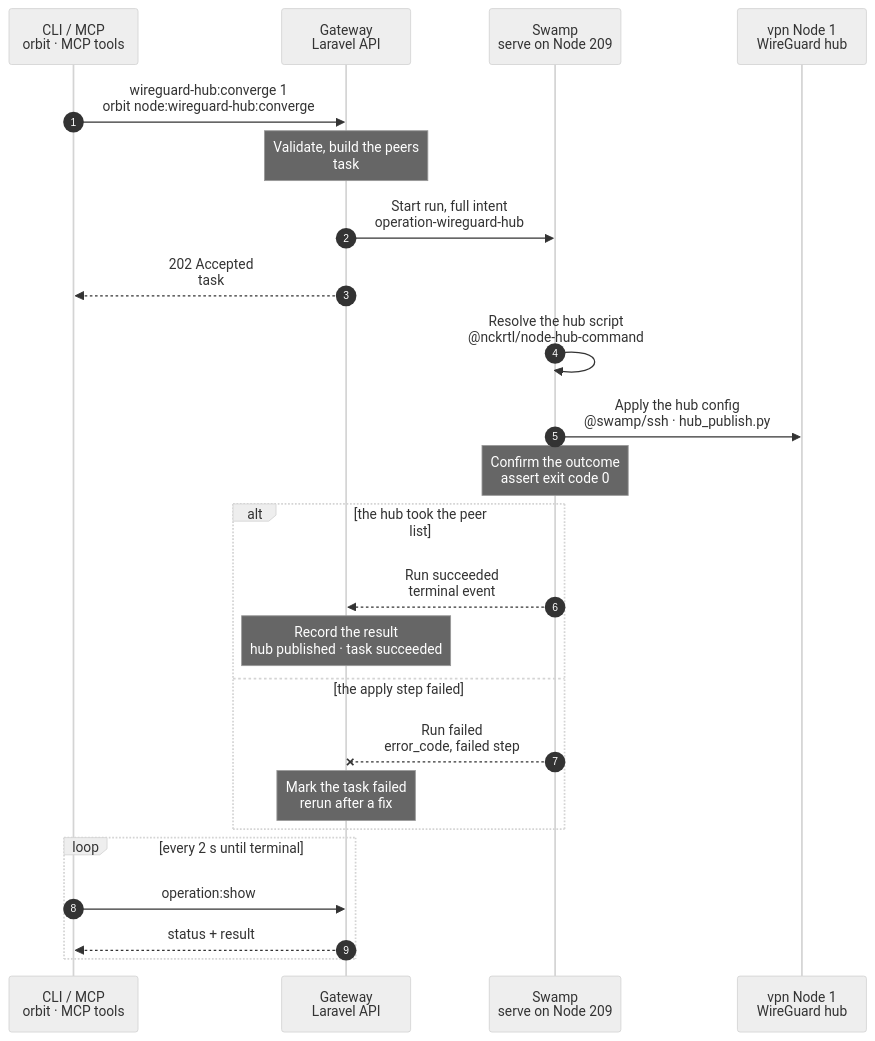
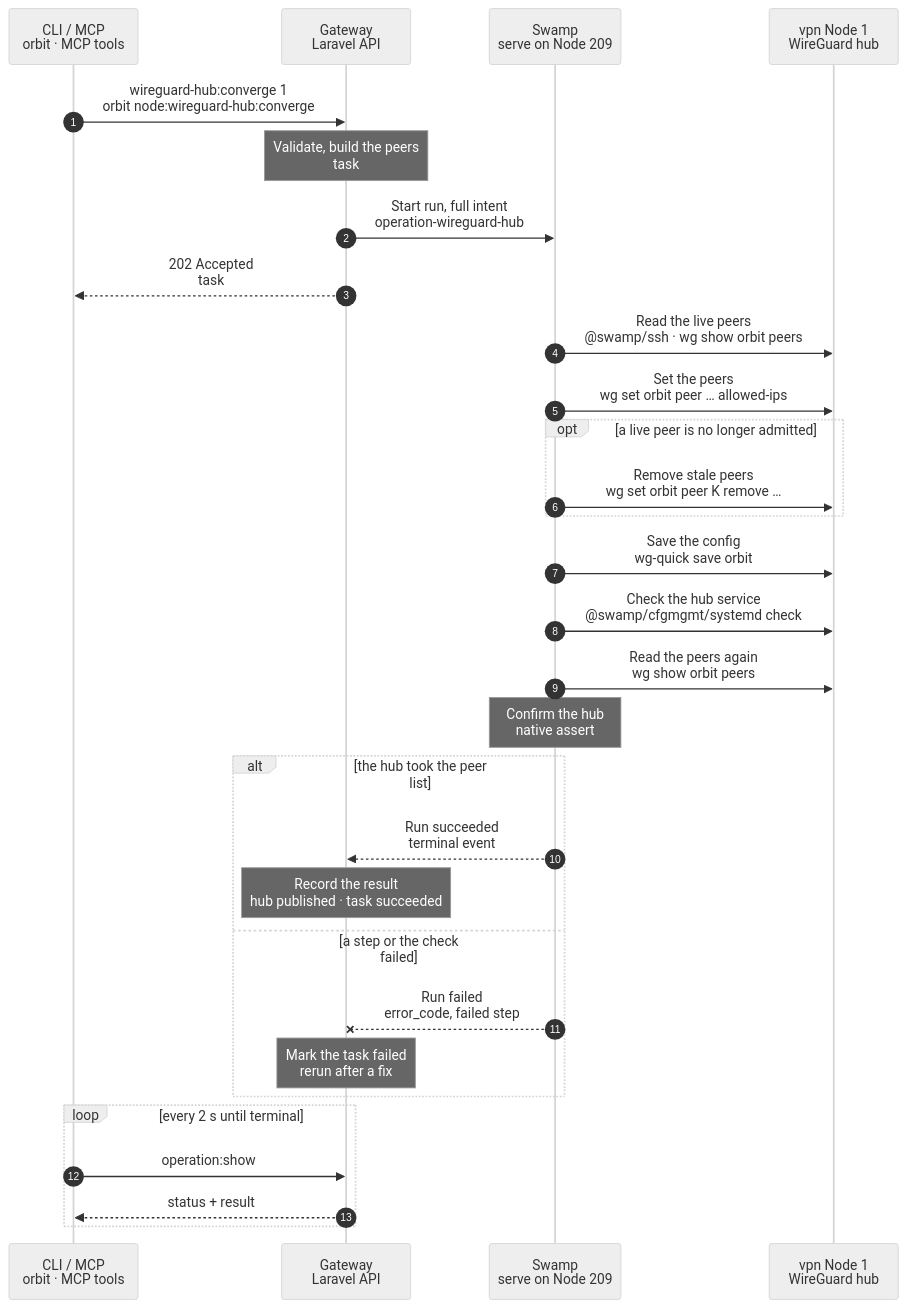
The diagram in docs/flows/node.wireguard_hub_converge.mmd (hardimpactdev/orbit), drawn with Mermaid (neutral theme) before and after one commit. The commit also changed 17 other files, not shown here.

First line of the commit message:
refactor(nodes): hub converge runs wg commands, no shipped script (flow-tighten rule 22)

```diff
--- a/docs/flows/node.wireguard_hub_converge.mmd
+++ b/docs/flows/node.wireguard_hub_converge.mmd
@@ -1,89 +1,98 @@
 sequenceDiagram
-  %% Target design: ADR 0244 task, DECISIONS R2-R4, flow-tighten rules 1, 6, 9, single-swamp-node + light-boxes-use-swamp-ssh (vpn Node 1 has no Swamp worker). docs/reference/wireguard-endpoints.md.
+  %% Target design: ADR 0244 task, DECISIONS R2-R4, flow-tighten rules 1, 9, 16, 18, 22, single-swamp-node + light-boxes-use-swamp-ssh (vpn Node 1 has no Swamp worker). docs/reference/wireguard-endpoints.md.
   %% status: draft
   %% command: node:wireguard-hub:converge
   autonumber
   %% lane CLI icon=terminal pill=caller tone=gray
   %% lane GW icon=gateway pill=intent tone=blue
   %% lane SW icon=workflow pill=executes tone=green
   %% lane N icon=server pill=target tone=amber
   participant CLI as CLI / MCP<br/>orbit · MCP tools
   participant GW as Gateway<br/>Laravel API
   participant SW as Swamp<br/>serve on Node 209
   participant N as vpn Node 1<br/>WireGuard hub
   CLI->>GW: wireguard-hub:converge 1<br/>orbit node:wireguard-hub:converge
   %%> Command:
   %%> - `orbit node:wireguard-hub:converge 1`
   %%> - syntax: `<node> [--idempotency-key=KEY] [--json]`
   %%> Input:
   %%> - the Node with the `vpn` role, by ID or name
   %%> What it does:
   %%> - publishes the current peer list on the WireGuard hub; it changes no peer key or address
   %%> Also used by:
   %%> - `node:network:converge`, `node:wireguard-key` and Node removal run the same hub steps in their own run
   Note over GW: Validate, build the peers<br/>task #5171 · hub lock
   %%> Requirements:
   %%> - your Node has an access grant to Node 1
   %%> - Node 1 holds the active `vpn` role and has stored SSH host keys
   %%> - no other hub change runs; the Gateway holds one lock for the hub and waits briefly for a busy one
   %%> Builds:
   %%> - the complete peer list: public key and allowed address of every active Node
   %%> Result:
   %%> - task #5171 recorded with the full intent; no private key in it
   GW->>SW: Start run, full intent<br/>operation-wireguard-hub
   %%> What it does:
   %%> - starts one Swamp run on serve (Node 209)
   %%> Inputs:
   %%> - the peer list: name, public key and WireGuard address of every other active Node
   %%> - Node 1's address and SSH host keys; the SSH identity comes from the `swamp` role
   %%> Not included:
   %%> - the hub's private key; it stays on Node 1
   GW-->>CLI: 202 Accepted<br/>task #5171
   %%> What you get:
   %%> - the task number, at once
   %%> Next:
   %%> - the CLI follows the task with `operation:show`
-  SW->>SW: Resolve the hub script<br/>@nckrtl/node-hub-command
+  SW->>N: Read the live peers<br/>@swamp/ssh · wg show orbit peers
+  %%> How:
+  %%> - over SSH from 209 with the official `@swamp/ssh` behavior, as root; Node 1 has no Swamp worker
+  %%> Why a read first:
+  %%> - it picks the stale peers to remove; one `wg` argument list cannot both list and remove
+  SW->>N: Set the peers<br/>wg set orbit peer … allowed-ips
   %%> What it does:
-  %%> - reads the shipped `hub_publish.py` on the Swamp worker
-  SW->>N: Apply the hub config<br/>@swamp/ssh · hub_publish.py
-  %%> How:
-  %%> - over SSH from 209 with the official `@swamp/ssh` behavior, as root, under the hub's peer lock
-  %%> - Node 1 is a light box: no Swamp binary and no worker on it
+  %%> - one `wg set` command adds or updates every admitted peer in the running hub
+  %%> - the hub's own key and interface stay; unchanged peers keep their sessions
+  opt a live peer is no longer admitted
+    SW->>N: Remove stale peers<br/>wg set orbit peer K remove …
+    %%> What it does:
+    %%> - one `wg set` command removes every live peer that is no longer admitted
+  end
+  SW->>N: Save the config<br/>wg-quick save orbit
   %%> What it does:
-  %%> - keeps the `[Interface]` section and private key, and writes the new `[Peer]` sections; an identical list writes nothing
-  %%> - validates the file with `wg-quick strip`, keeps a rollback copy, then loads it with `wg syncconf`
-  %%> - checks the service is active and enabled, and that `wg show` lists exactly these peers
-  %%> If it fails:
-  %%> - puts the rollback copy back and reloads it, so no Node loses its tunnel
-  %%> - prints a public error code: `wireguard.hub_config_invalid`, `wireguard.hub_start_failed` or `wireguard.hub_state_unsupported`
-  %%> Why one step:
-  %%> - one Node, back to back, with its own rollback: separate steps would add SSH round trips and nothing else
-  Note over SW: Confirm the outcome<br/>assert exit code 0
+  %%> - writes the running hub, with its own key, back to `/etc/wireguard/orbit.conf`, so a reboot keeps it
+  SW->>N: Check the hub service<br/>@swamp/cfgmgmt/systemd check
   %%> What it does:
-  %%> - fails the run when the apply step reported an error code
+  %%> - checks `wg-quick@orbit` is running and enabled
+  SW->>N: Read the peers again<br/>wg show orbit peers
+  %%> What it does:
+  %%> - reads the live peer list for the end check
+  Note over SW: Confirm the hub<br/>native assert
+  %%> What it does:
+  %%> - fails the run unless the service check is compliant and the live peers are exactly the admitted ones
+  %%> No rollback:
+  %%> - a failed step leaves the hub as it is; a rerun sets the same list again
   alt the hub took the peer list
     SW-->>GW: Run succeeded<br/>terminal event
     %%> How the Gateway learns it:
     %%> - its shared run reader sees the terminal event; Swamp never calls the Gateway
     Note over GW: Record the result<br/>hub published · task succeeded
     %%> Result:
     %%> - task #5171 succeeds with `projected: true`
-  else the apply step failed
+  else a step or the check failed
     SW--xGW: Run failed<br/>error_code, failed step
     %%> The Gateway reads:
-    %%> - the error code the apply step printed
+    %%> - which step failed and its exit code
     Note over GW: Mark the task failed<br/>rerun after a fix
     %%> Result:
-    %%> - task #5171 fails; the hub keeps its previous peer list
+    %%> - task #5171 fails; peers set before the failure stay
     %%> Retry:
     %%> - run the same command again after fixing the cause; it is a new task
   end
   loop every 2 s until terminal
     CLI->>GW: operation:show #5171
     %%> What it does:
     %%> - asks for the task's status every 2 seconds until it has ended
     GW-->>CLI: status + result
     %%> Returns:
     %%> - the current status, and the result once the task has ended
   end
```
